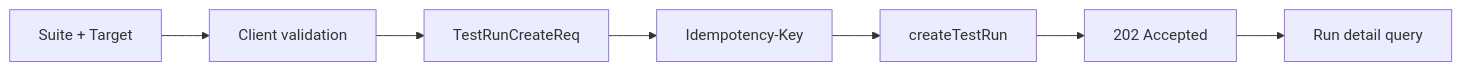
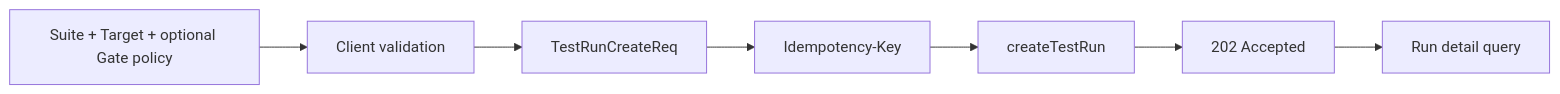
One commit to GuardBench/guardbench-frontend changed the second of 3 diagrams in docs/architecture/frontend-architecture.md. Above: the diagram before and after it, drawn with Mermaid. The commit also changed other lines of this file and 7 other files, not shown here.

Commit message:
feat: configure quality gate policy per run

````diff
--- a/docs/architecture/frontend-architecture.md
+++ b/docs/architecture/frontend-architecture.md
@@ -160,9 +160,9 @@
 ```mermaid
 flowchart LR
-    Form[Suite + Target] --> Validate[Client validation]
+    Form[Suite + Target + optional Gate policy] --> Validate[Client validation]
     Validate --> Map[TestRunCreateReq]
     Map --> Key[Idempotency-Key]
     Key --> Service[createTestRun]
     Service --> Accepted[202 Accepted]
     Accepted --> Detail[Run detail query]
 ```
````
